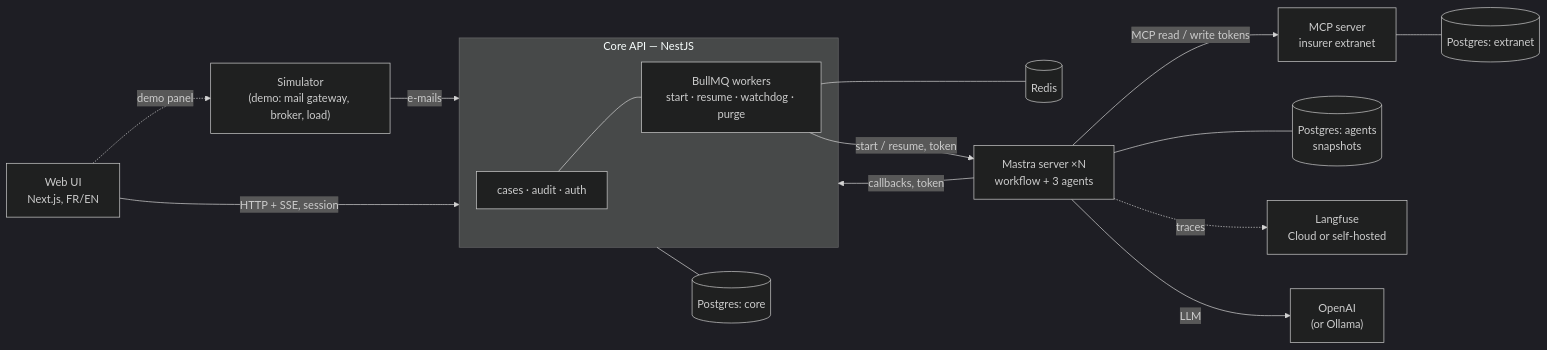
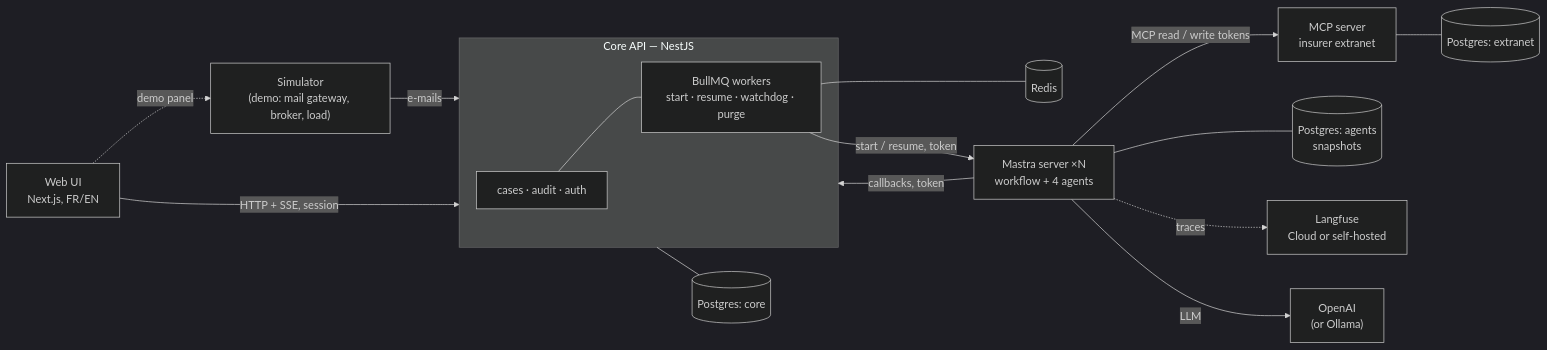
Before and after one commit to jb-pro-beirnaert/panora-demo: the diagram in README.md, drawn with Mermaid (dark theme). The commit also changed other lines of this file and 1 other file, not shown here.

Commit message:
docs: README quick start; ignore application video files

````diff
--- a/README.md
+++ b/README.md
@@ -41,18 +103,18 @@
 ```mermaid
 flowchart LR
   sim["Simulator<br/>(demo: mail gateway, broker, load)"] -->|e-mails| core
   web["Web UI<br/>Next.js, FR/EN"] -->|HTTP + SSE, session| core
   web -.->|demo panel| sim
   subgraph core["Core API — NestJS"]
     api["cases · audit · auth"] --- q["BullMQ workers<br/>start · resume · watchdog · purge"]
   end
   core --- coredb[("Postgres: core")]
   q --- redis[("Redis")]
-  q -->|start / resume, token| mastra["Mastra server ×N<br/>workflow + 3 agents"]
+  q -->|start / resume, token| mastra["Mastra server ×N<br/>workflow + 4 agents"]
   mastra -->|callbacks, token| core
   mastra -->|MCP read / write tokens| mcp["MCP server<br/>insurer extranet"]
   mcp --- extdb[("Postgres: extranet")]
   mastra --- agentsdb[("Postgres: agents<br/>snapshots")]
   mastra -.->|traces| langfuse["Langfuse<br/>Cloud or self-hosted"]
   mastra -->|LLM| llm["OpenAI<br/>(or Ollama)"]
 ```
````
